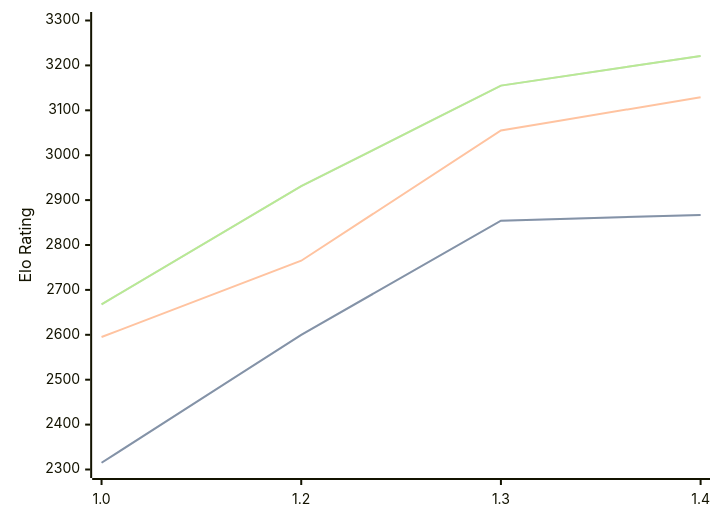
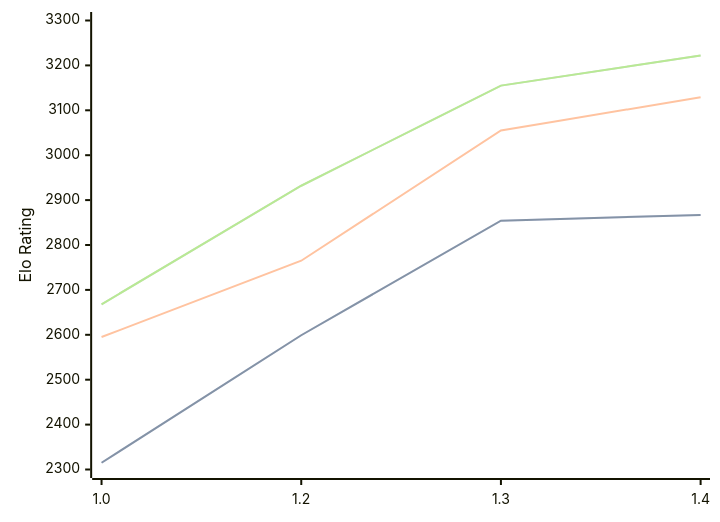
The diagram in engines/Chessnix.md (computer-chess-index/cci), drawn with Mermaid before and after one commit. The commit also changed other lines of this file, not shown here.

Commit message:
Update CCI Ratings (ELO VLTC) - 2026-08-10

````diff
--- a/engines/Chessnix.md
+++ b/engines/Chessnix.md
@@ -34,11 +34,11 @@
 ```mermaid
 %%{init: {"theme":"base","themeVariables":{"seriesColors:['#a3a3a3','#222221','#faa371']}}}%%
 xychart-beta
   x-axis ["1.0", "1.2", "1.3", "1.4"]
   y-axis "Elo Rating" 2300 --> 3300
-  line "STC (8.0+0.08s)" [2315, 2600, 2854, 2867]
-  line "STC (8.0+0.08s)" [2315, 2600, 2854, 2867]
+  line "STC (8.0+0.08s)" [2315, 2599, 2854, 2867]
+  line "STC (8.0+0.08s)" [2315, 2599, 2854, 2867]
   line "LTC (60.0+0.60s)" [2595, 2765, 3055, 3129]
-  line "VLTC (2m24s+1.12s)" [2668, 2931, 3155, 3221]
-  line "VLTC (2m24s+1.12s)" [2668, 2931, 3155, 3221]
+  line "VLTC (2m24s+1.12s)" [2668, 2932, 3155, 3222]
+  line "VLTC (2m24s+1.12s)" [2668, 2932, 3155, 3222]
 ```
````
